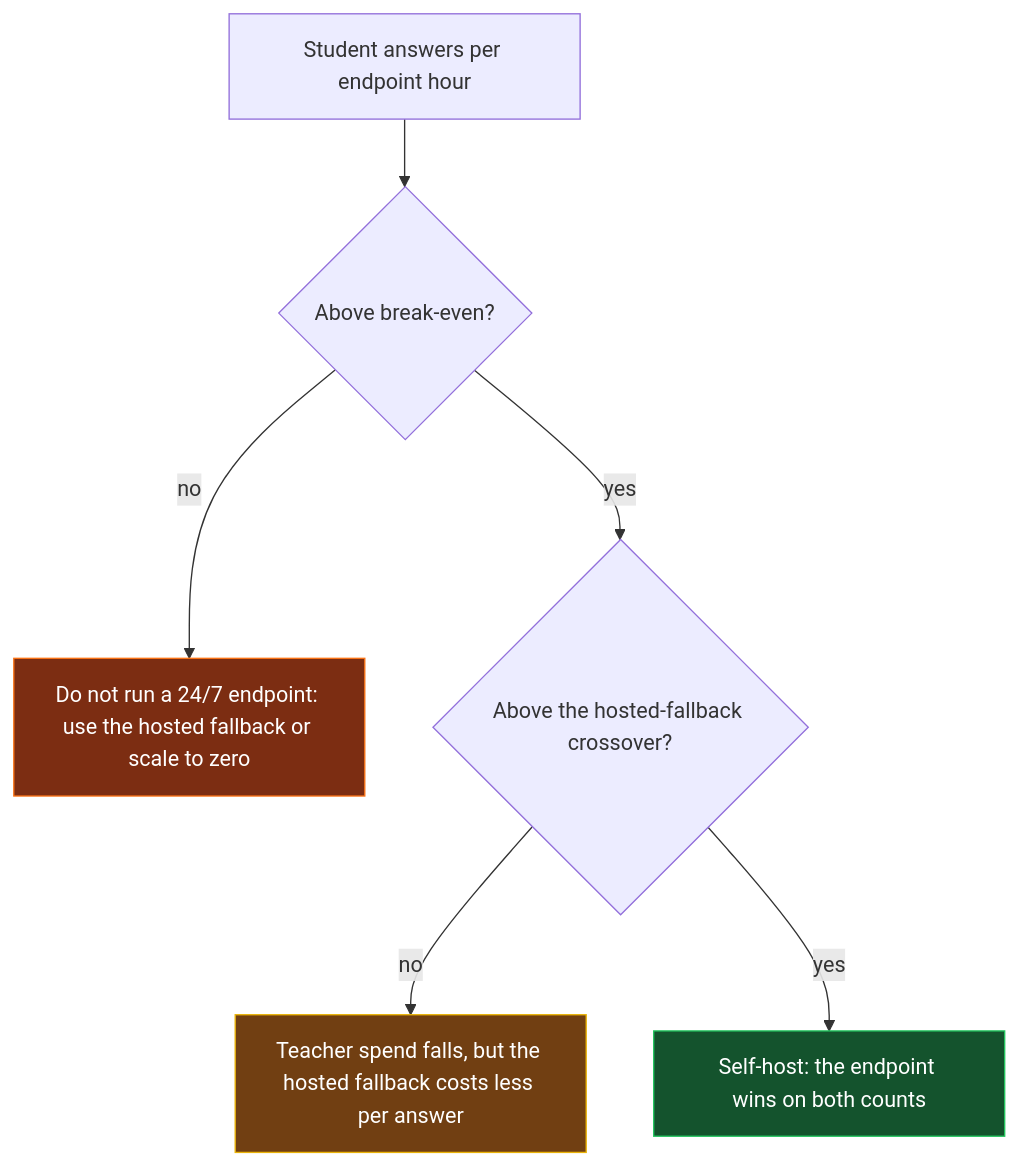
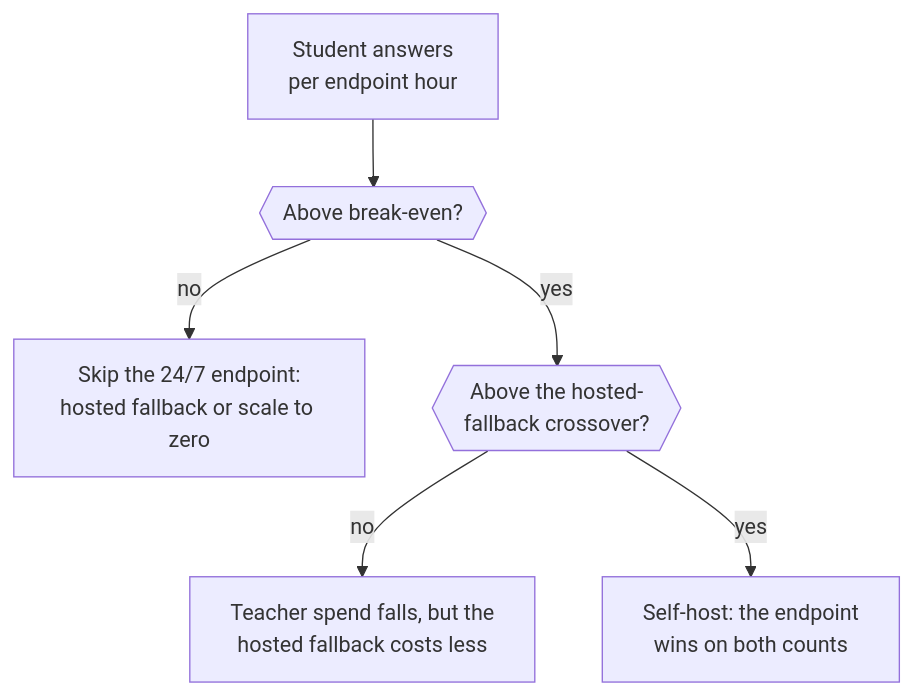
One commit to harshbhx/ratchet changed the second of 4 diagrams in docs-site/src/content/docs/guides/why-it-matters.mdx. Above: the diagram before and after it, drawn with Mermaid. The commit also changed other lines of this file and 25 other files, not shown here.

````diff
--- a/docs-site/src/content/docs/guides/why-it-matters.mdx
+++ b/docs-site/src/content/docs/guides/why-it-matters.mdx
@@ -54,14 +68,12 @@
 ```mermaid
-flowchart TD
-  S["Student answers per endpoint hour"] --> Q1{"Above break-even?"}
-  Q1 -->|"no"| N1["Do not run a 24/7 endpoint: use the hosted fallback or scale to zero"]
-  Q1 -->|"yes"| Q2{"Above the hosted-fallback crossover?"}
-  Q2 -->|"no"| N2["Teacher spend falls, but the hosted fallback costs less per answer"]
-  Q2 -->|"yes"| Y["Self-host: the endpoint wins on both counts"]
-  classDef bad fill:#7c2d12,stroke:#f97316,color:#fff
-  classDef mid fill:#713f12,stroke:#eab308,color:#fff
-  classDef good fill:#14532d,stroke:#22c55e,color:#fff
-  class N1 bad
-  class N2 mid
-  class Y good
+flowchart TB
+  S["Student answers<br/>per endpoint hour"] --> Q1{{"Above break-even?"}}
+  Q1 -->|"no"| N1["Skip the 24/7 endpoint:<br/>hosted fallback or scale to zero"]
+  Q1 -->|"yes"| Q2{{"Above the hosted-<br/>fallback crossover?"}}
+  Q2 -->|"no"| N2["Teacher spend falls, but the<br/>hosted fallback costs less"]
+  Q2 -->|"yes"| Y["Self-host: the endpoint<br/>wins on both counts"]
+  class Q1,Q2 gate
+  class N1 danger
+  class N2 outline
+  class Y ok
 ```
````
